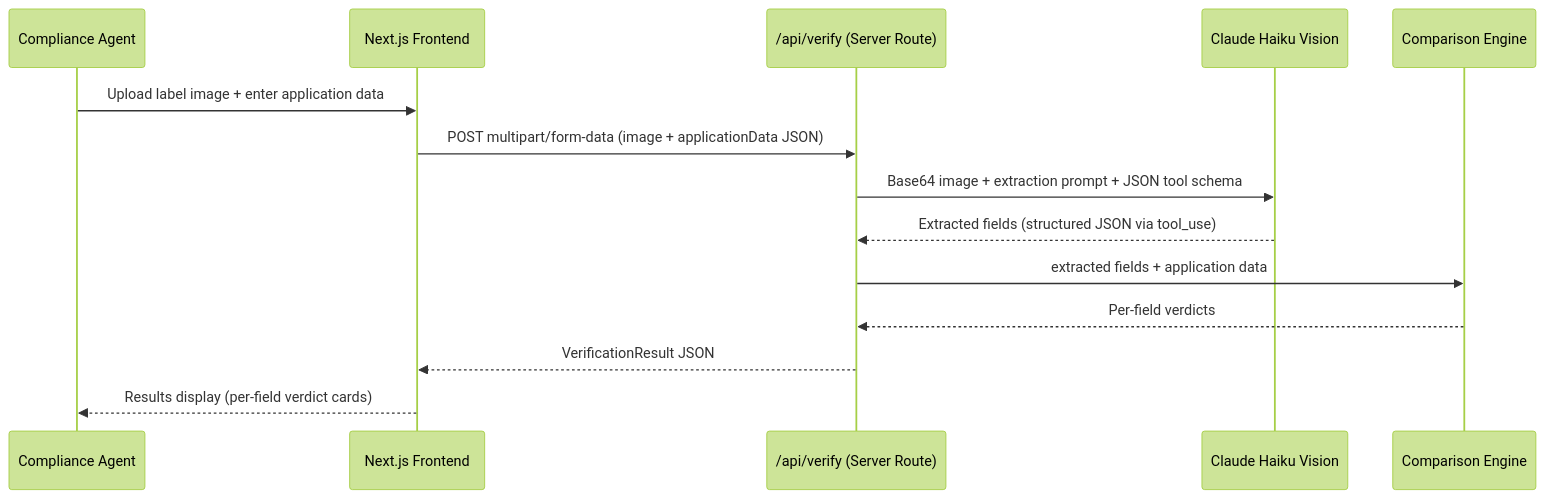
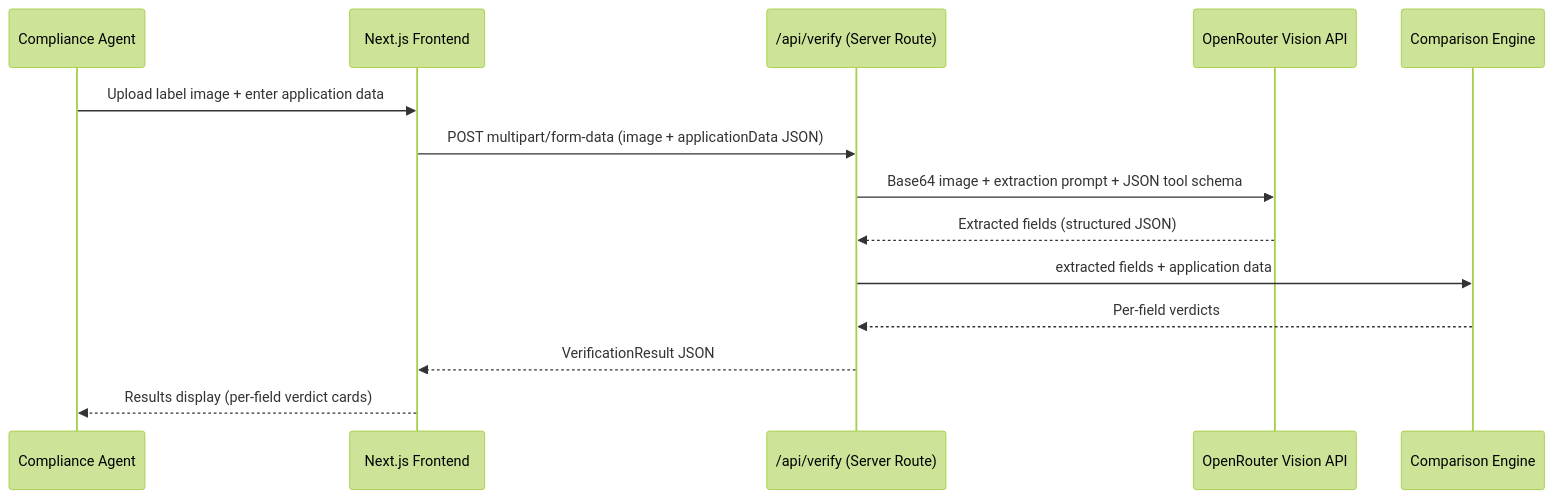
The diagram in PLAN.md (dhairyasurana007/treasurytakehome-rgb), drawn with Mermaid (forest theme) before and after one commit. The commit also changed other lines of this file and 1 other file, not shown here.

Commit message:
document OpenRouter integration

````diff
--- a/PLAN.md
+++ b/PLAN.md
@@ -150,17 +150,17 @@
 ```mermaid
 sequenceDiagram
     participant Agent as Compliance Agent
     participant UI as Next.js Frontend
     participant API as /api/verify (Server Route)
-    participant Claude as Claude Haiku Vision
+    participant Router as OpenRouter Vision API
     participant Cmp as Comparison Engine
 
     Agent->>UI: Upload label image + enter application data
     UI->>API: POST multipart/form-data (image + applicationData JSON)
-    API->>Claude: Base64 image + extraction prompt + JSON tool schema
-    Claude-->>API: Extracted fields (structured JSON via tool_use)
+    API->>Router: Base64 image + extraction prompt + JSON tool schema
+    Router-->>API: Extracted fields (structured JSON)
     API->>Cmp: extracted fields + application data
     Cmp-->>API: Per-field verdicts
     API-->>UI: VerificationResult JSON
     UI-->>Agent: Results display (per-field verdict cards)
 ```
````
